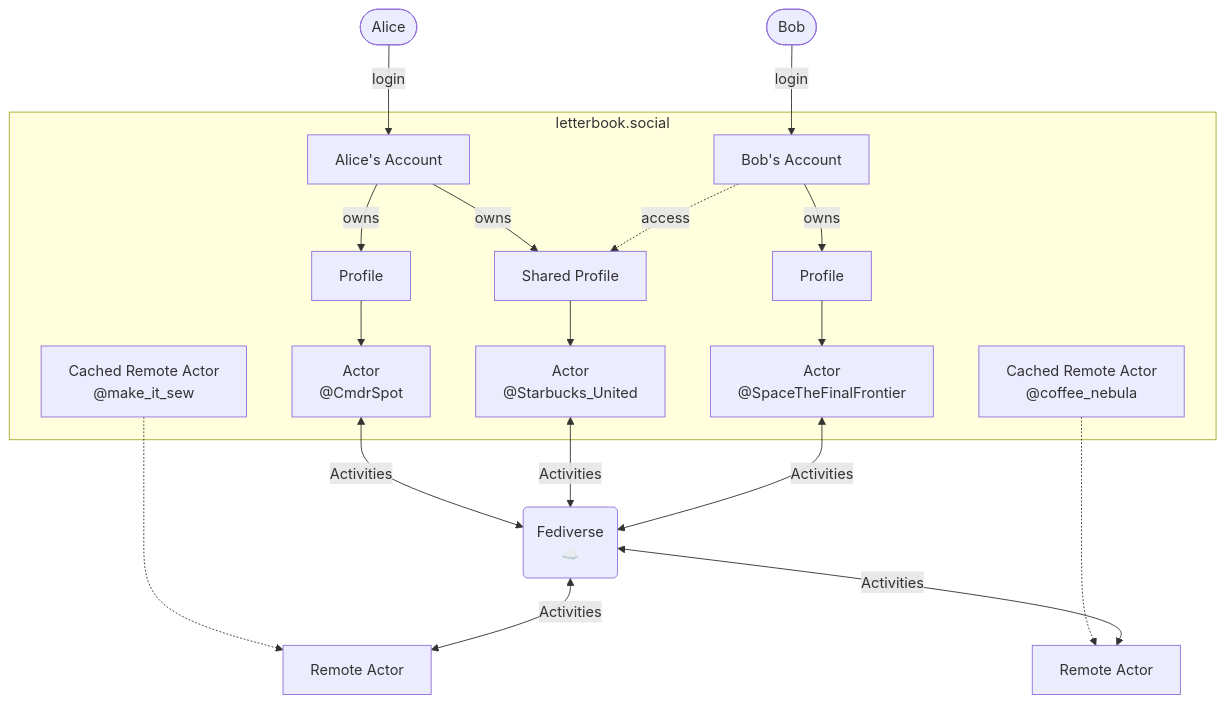
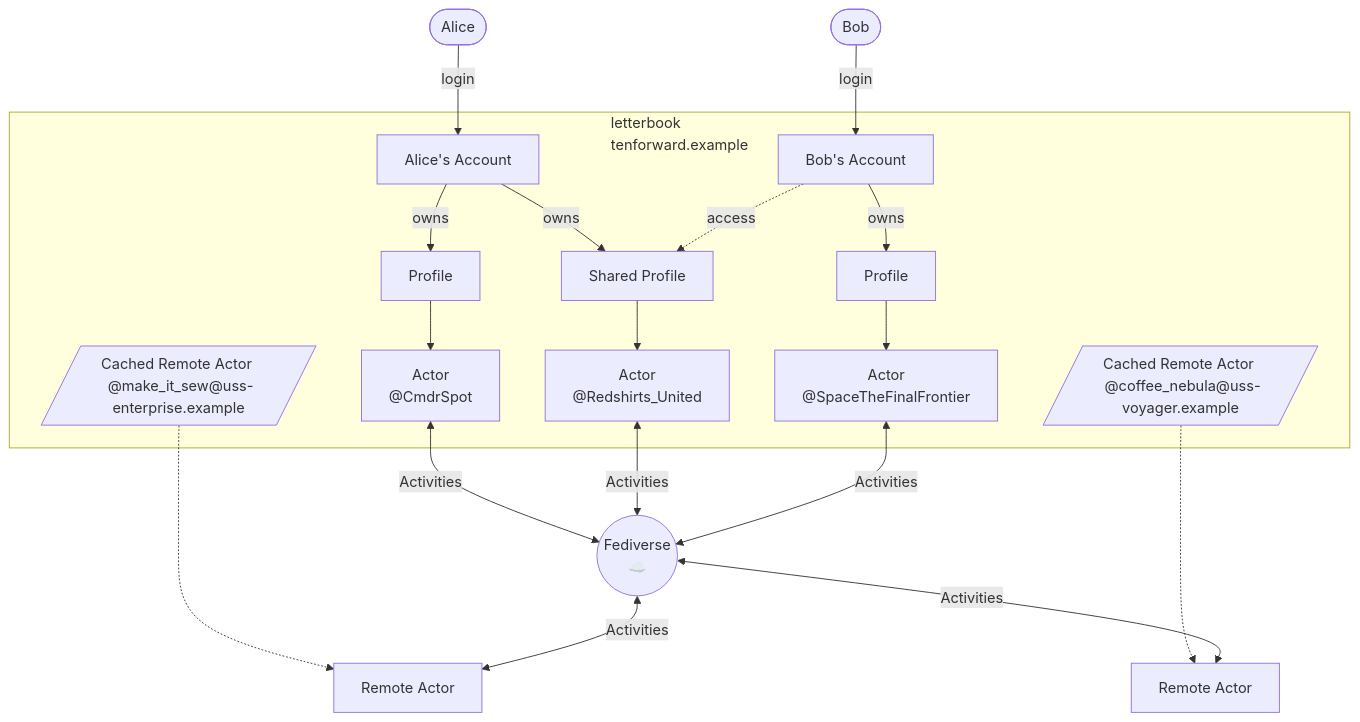
One commit to Letterbook/Letterbook changed the diagram in docs/decisions/03-accounts-profiles-actors.md. Above: the diagram before and after it, drawn with Mermaid. The commit also changed other lines of this file, not shown here.

Commit message:
models and impact

````diff
--- a/docs/decisions/03-accounts-profiles-actors.md
+++ b/docs/decisions/03-accounts-profiles-actors.md
@@ -23,35 +23,35 @@
 ```mermaid
 flowchart TD
     A1[Alice's Account]
     A2[Bob's Account]
     P1[Profile]
     P2[Shared Profile]
     P3[Profile]
-    C1["Actor\n@CmdrSpot"]
-    C2["Actor\n@Starbucks_United"]
-    C3["Actor\n@SpaceTheFinalFrontier"]
+    C1["Actor \n @CmdrSpot"]
+    C2["Actor \n @Redshirts_United"]
+    C3["Actor \n @SpaceTheFinalFrontier"]
     CR1[Remote Actor]
     CR2[Remote Actor]
     U1([Alice])
     U2([Bob])
-    F("Fediverse\n☁️")
+    F(("Fediverse \n ☁️"))
 
     U1 -->|login| A1
     U2 -->|login| A2
 
-    subgraph "letterbook.social"
-        C4["Cached Remote Actor\n@make_it_sew"]
-        C5["Cached Remote Actor\n@coffee_nebula"]
+    subgraph "letterbook \n tenforward.example"
+        C4[/"Cached Remote Actor \n @make_it_sew@uss-enterprise.example"/]
+        C5[/"Cached Remote Actor \n @coffee_nebula@uss-voyager.example"/]
         A1 -->|owns| P1 & P2
         A2 -.->|access| P2
         A2 -->|owns| P3
         P1 --> C1
         P2 --> C2
         P3 --> C3    
     end
 
     C4 -.-> CR1
     C5 -.-> CR2
     C1 & C2 & C3 <-->|Activities| F
     F <-->|Activities| CR1 & CR2
 ```
````
